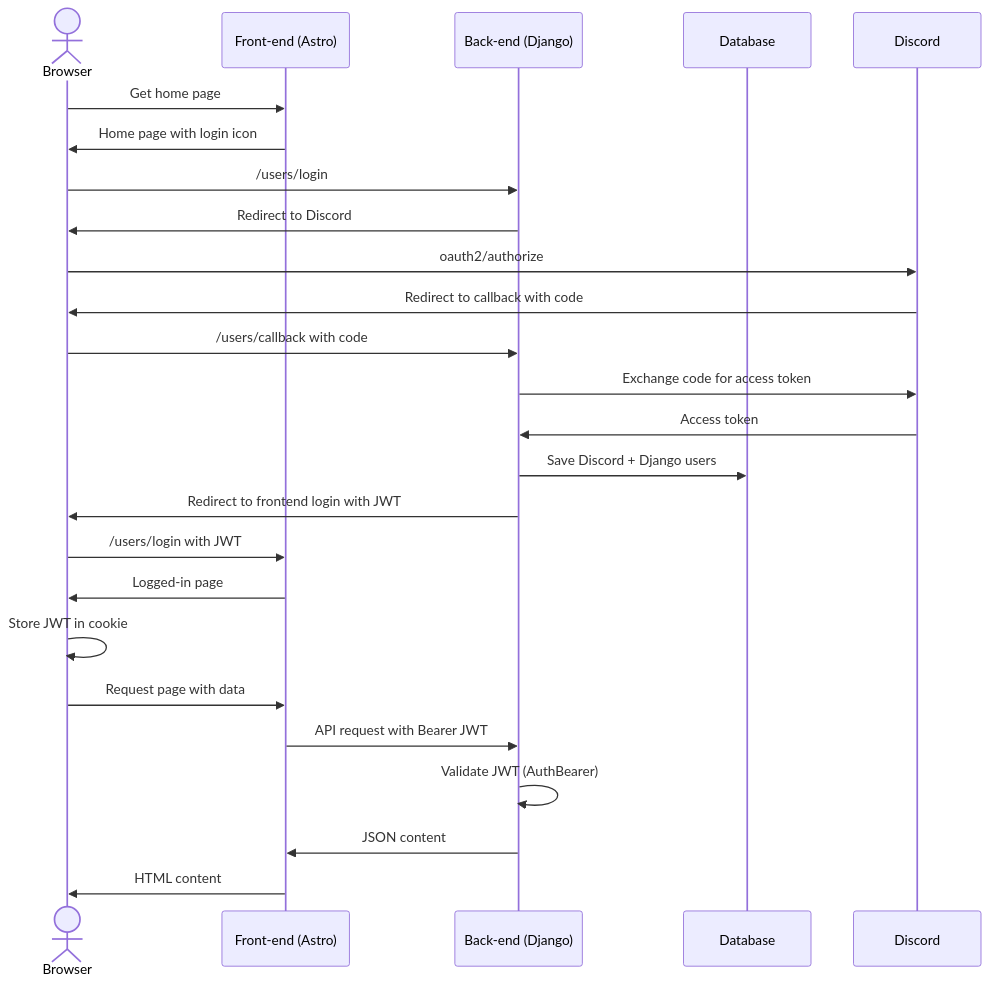
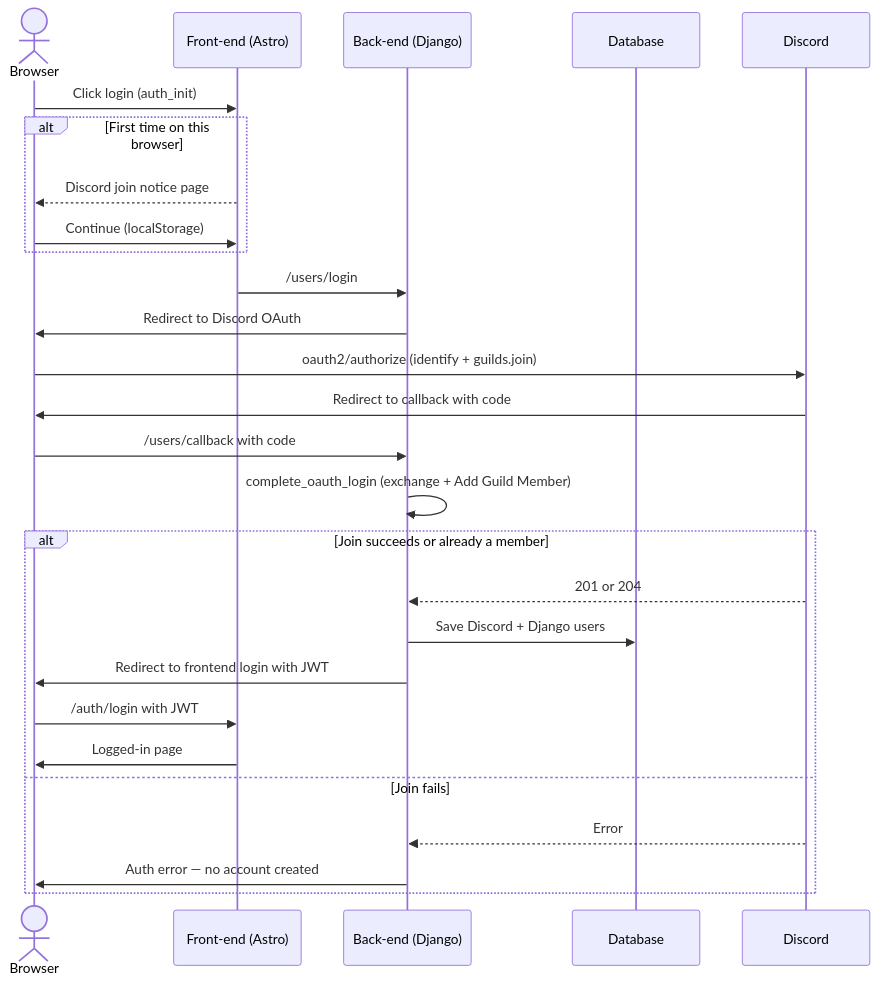
One commit to minmatarfleet/minmatar.org changed the diagram in docs/auth/authentication.md. Above: the diagram before and after it, drawn with Mermaid. The commit also changed other lines of this file and 12 other files, not shown here.

First line of the commit message:
Require Discord guild join on login so accounts stay linked to the server. (#2603)

````diff
--- a/docs/auth/authentication.md
+++ b/docs/auth/authentication.md
@@ -7,28 +7,30 @@
 ```mermaid
 sequenceDiagram
     actor Browser
     participant FrontEnd as Front-end (Astro)
     participant BackEnd as Back-end (Django)
     participant DB as Database
     participant Discord
 
-    Browser->>FrontEnd: Get home page
-    FrontEnd->>Browser: Home page with login icon
-    Browser->>BackEnd: /users/login
-    BackEnd->>Browser: Redirect to Discord
-    Browser->>Discord: oauth2/authorize
+    Browser->>FrontEnd: Click login (auth_init)
+    alt First time on this browser
+        FrontEnd-->>Browser: Discord join notice page
+        Browser->>FrontEnd: Continue (localStorage)
+    end
+    FrontEnd->>BackEnd: /users/login
+    BackEnd->>Browser: Redirect to Discord OAuth
+    Browser->>Discord: oauth2/authorize (identify + guilds.join)
     Discord->>Browser: Redirect to callback with code
     Browser->>BackEnd: /users/callback with code
-    BackEnd->>Discord: Exchange code for access token
-    Discord->>BackEnd: Access token
-    BackEnd->>DB: Save Discord + Django users
-    BackEnd->>Browser: Redirect to frontend login with JWT
-    Browser->>FrontEnd: /users/login with JWT
-    FrontEnd->>Browser: Logged-in page
-    Browser->>Browser: Store JWT in cookie
-    Browser->>FrontEnd: Request page with data
-    FrontEnd->>BackEnd: API request with Bearer JWT
-    BackEnd->>BackEnd: Validate JWT (AuthBearer)
-    BackEnd->>FrontEnd: JSON content
-    FrontEnd->>Browser: HTML content
+    BackEnd->>BackEnd: complete_oauth_login (exchange + Add Guild Member)
+    alt Join succeeds or already a member
+        Discord-->>BackEnd: 201 or 204
+        BackEnd->>DB: Save Discord + Django users
+        BackEnd->>Browser: Redirect to frontend login with JWT
+        Browser->>FrontEnd: /auth/login with JWT
+        FrontEnd->>Browser: Logged-in page
+    else Join fails
+        Discord-->>BackEnd: Error
+        BackEnd->>Browser: Auth error — no account created
+    end
 ```
````
